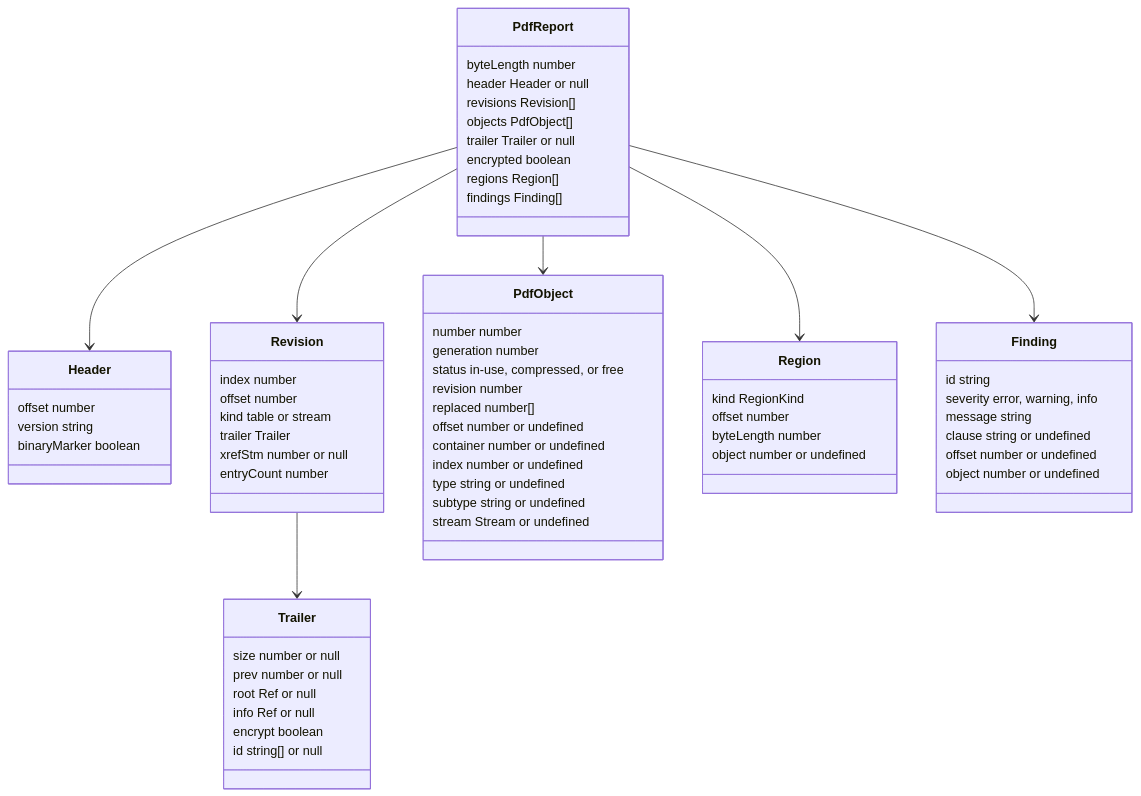
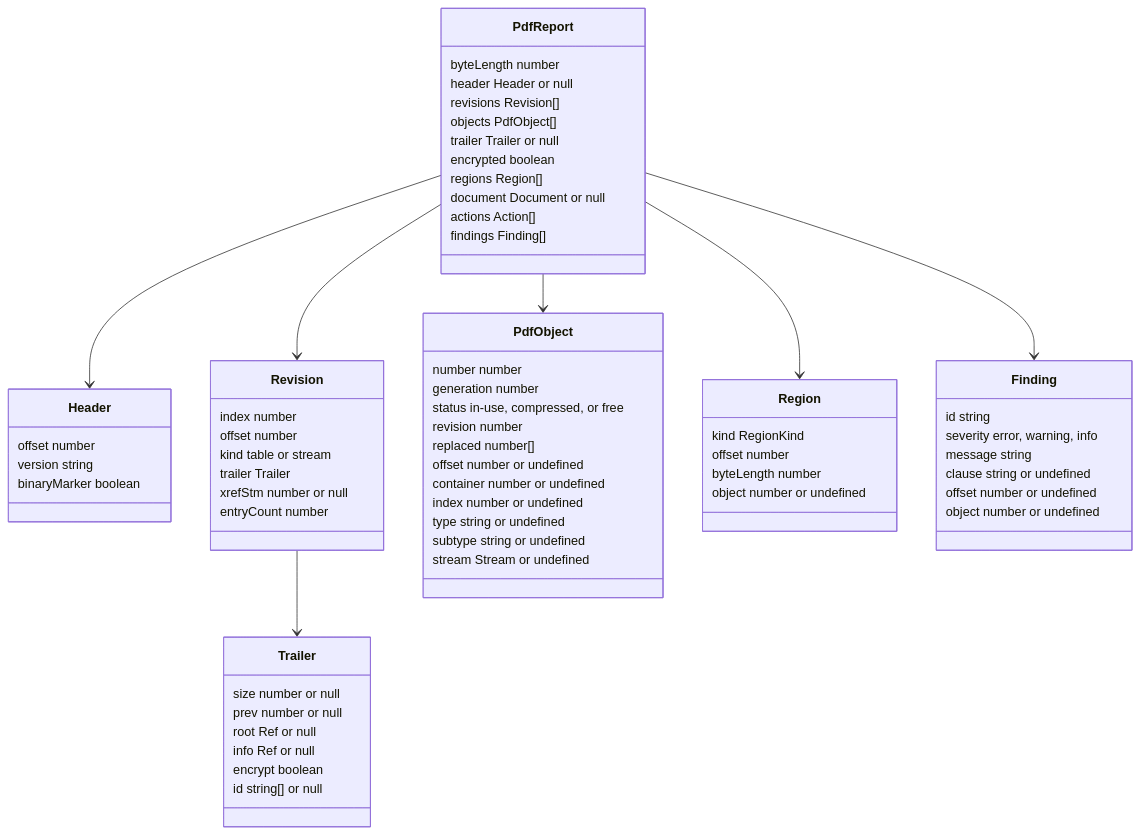
One commit to photom/benchside changed the first of 2 diagrams in docs/reference/pdf/report.md. Above: the diagram before and after it, drawn with Mermaid. The commit also changed other lines of this file and 37 other files, not shown here.

Commit message:
Show the PDF document, pages, and actions (#10)

````diff
--- a/docs/reference/pdf/report.md
+++ b/docs/reference/pdf/report.md
@@ -7,67 +7,69 @@
 ```mermaid
 classDiagram
   class PdfReport {
     byteLength number
     header Header or null
     revisions Revision[]
     objects PdfObject[]
     trailer Trailer or null
     encrypted boolean
     regions Region[]
+    document Document or null
+    actions Action[]
     findings Finding[]
   }
   class Header {
     offset number
     version string
     binaryMarker boolean
   }
   class Revision {
     index number
     offset number
     kind table or stream
     trailer Trailer
     xrefStm number or null
     entryCount number
   }
   class Trailer {
     size number or null
     prev number or null
     root Ref or null
     info Ref or null
     encrypt boolean
     id string[] or null
   }
   class PdfObject {
     number number
     generation number
     status in-use, compressed, or free
     revision number
     replaced number[]
     offset number or undefined
     container number or undefined
     index number or undefined
     type string or undefined
     subtype string or undefined
     stream Stream or undefined
   }
   class Region {
     kind RegionKind
     offset number
     byteLength number
     object number or undefined
   }
   class Finding {
     id string
     severity error, warning, info
     message string
     clause string or undefined
     offset number or undefined
     object number or undefined
   }
   PdfReport --> Header
   PdfReport --> Revision
   PdfReport --> PdfObject
   PdfReport --> Region
   PdfReport --> Finding
   Revision --> Trailer
 ```
````
